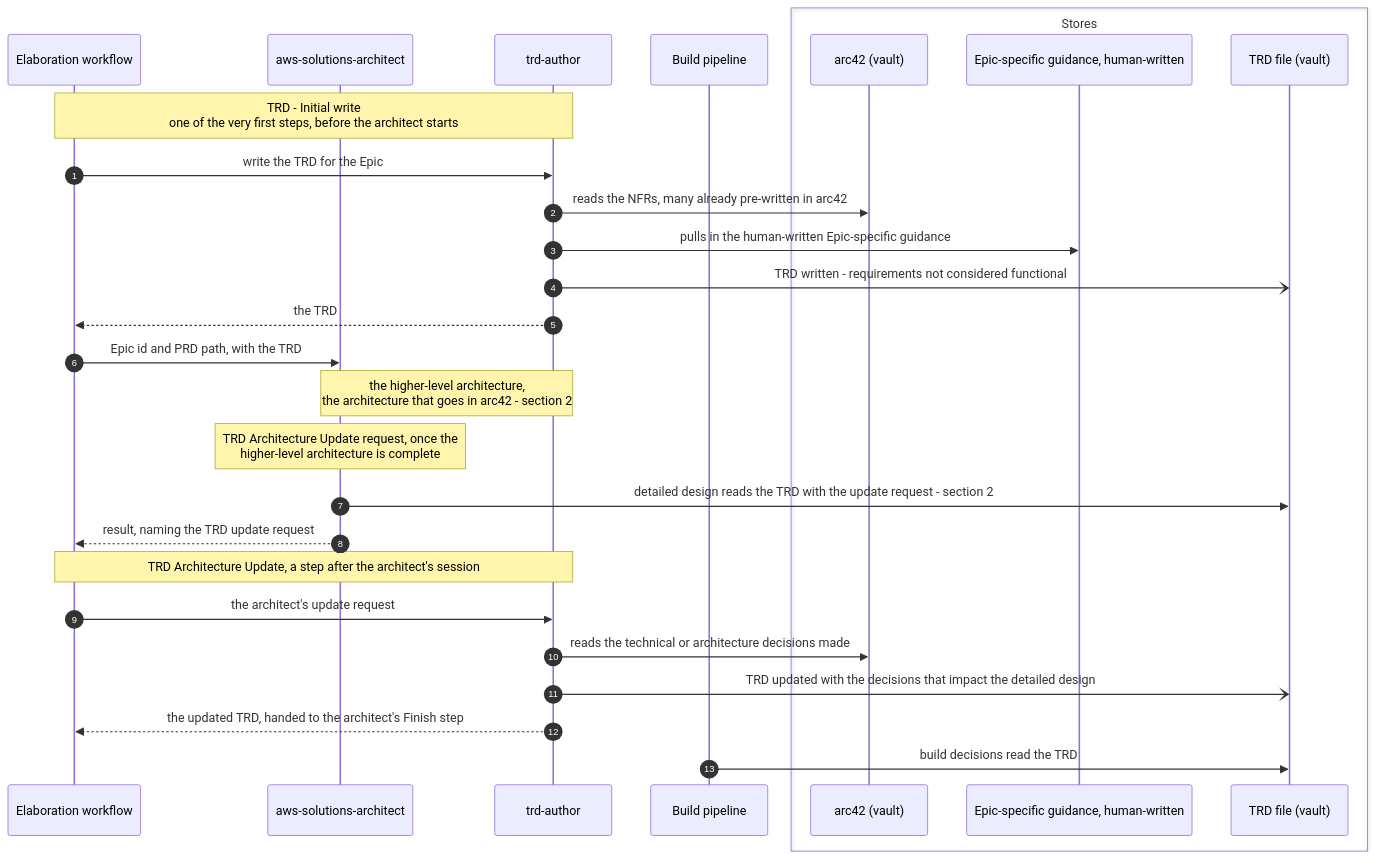
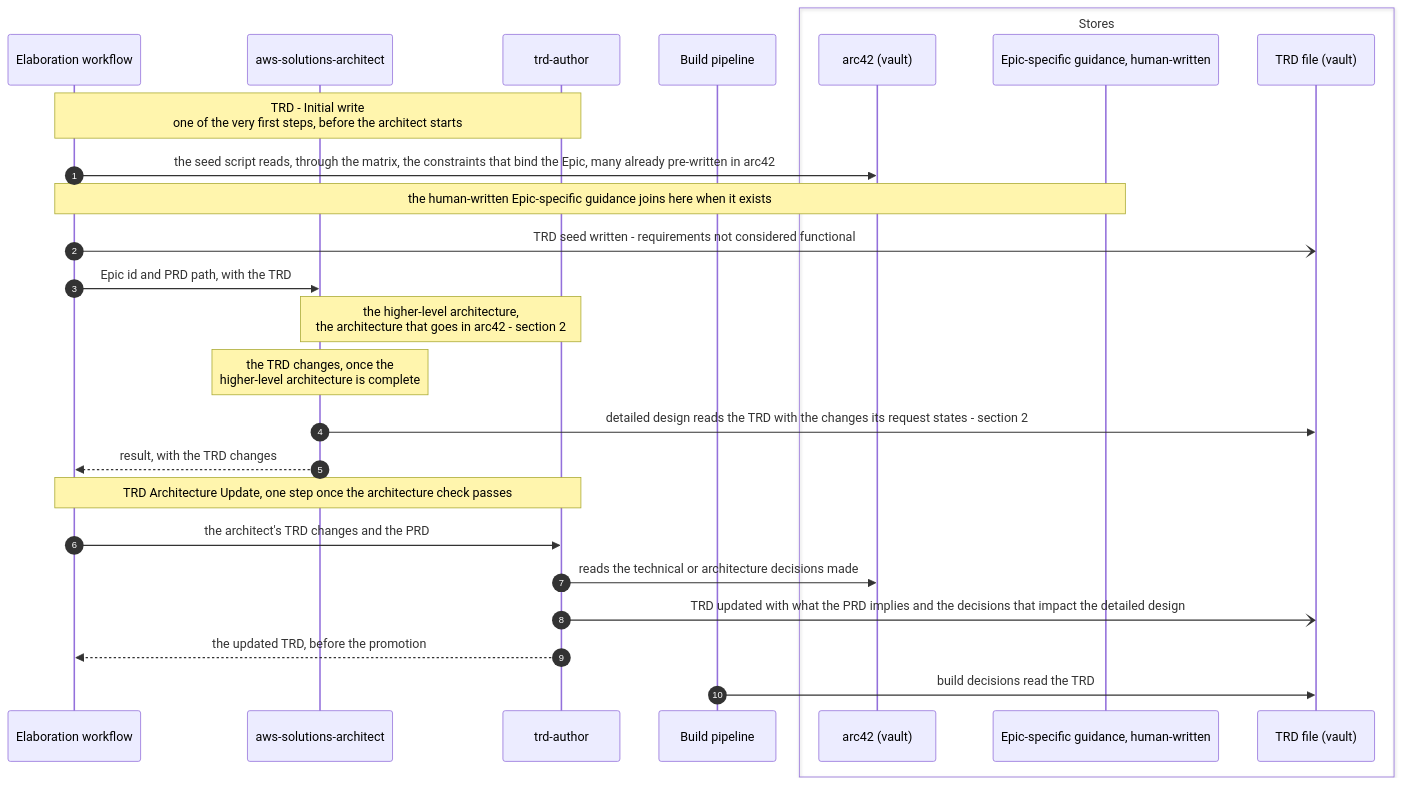
The fourth of 8 diagrams in plugins/agent-teams-workforce/blueprint/design/pipelines-elaboration.md (mark-satterfield/toolset), drawn with Mermaid before and after one commit. The commit also changed other lines of this file and 25 other files, not shown here.

First line of the commit message:
feat(orchestrator): seed the TRD by script before the architect and complete it in one trd-author session after the decisions

````diff
--- a/plugins/agent-teams-workforce/blueprint/design/pipelines-elaboration.md
+++ b/plugins/agent-teams-workforce/blueprint/design/pipelines-elaboration.md
@@ -390,31 +397,29 @@
 ```mermaid
 sequenceDiagram
     autonumber
     participant WF as Elaboration workflow
     participant SA as aws-solutions-architect
     participant TRD as trd-author
     participant B as Build pipeline
     box Stores
         participant A42 as arc42 (vault)
         participant G as Epic-specific guidance, human-written
         participant T as TRD file (vault)
     end
 
     Note over WF,TRD: TRD - Initial write<br/>one of the very first steps, before the architect starts
-    WF->>TRD: write the TRD for the Epic
-    TRD->>A42: reads the NFRs, many already pre-written in arc42
-    TRD->>G: pulls in the human-written Epic-specific guidance
-    TRD-)T: TRD written - requirements not considered functional
-    TRD-->>WF: the TRD
+    WF->>A42: the seed script reads, through the matrix, the constraints that bind the Epic, many already pre-written in arc42
+    Note over WF,G: the human-written Epic-specific guidance joins here when it exists
+    WF-)T: TRD seed written - requirements not considered functional
     WF->>SA: Epic id and PRD path, with the TRD
     Note over SA,TRD: the higher-level architecture,<br/>the architecture that goes in arc42 - section 2
-    Note over SA: TRD Architecture Update request, once the<br/>higher-level architecture is complete
-    SA->>T: detailed design reads the TRD with the update request - section 2
-    SA-->>WF: result, naming the TRD update request
-    Note over WF,TRD: TRD Architecture Update, a step after the architect's session
-    WF->>TRD: the architect's update request
+    Note over SA: the TRD changes, once the<br/>higher-level architecture is complete
+    SA->>T: detailed design reads the TRD with the changes its request states - section 2
+    SA-->>WF: result, with the TRD changes
+    Note over WF,TRD: TRD Architecture Update, one step once the architecture check passes
+    WF->>TRD: the architect's TRD changes and the PRD
     TRD->>A42: reads the technical or architecture decisions made
-    TRD-)T: TRD updated with the decisions that impact the detailed design
-    TRD-->>WF: the updated TRD, handed to the architect's Finish step
+    TRD-)T: TRD updated with what the PRD implies and the decisions that impact the detailed design
+    TRD-->>WF: the updated TRD, before the promotion
     B->>T: build decisions read the TRD
 ```
````
